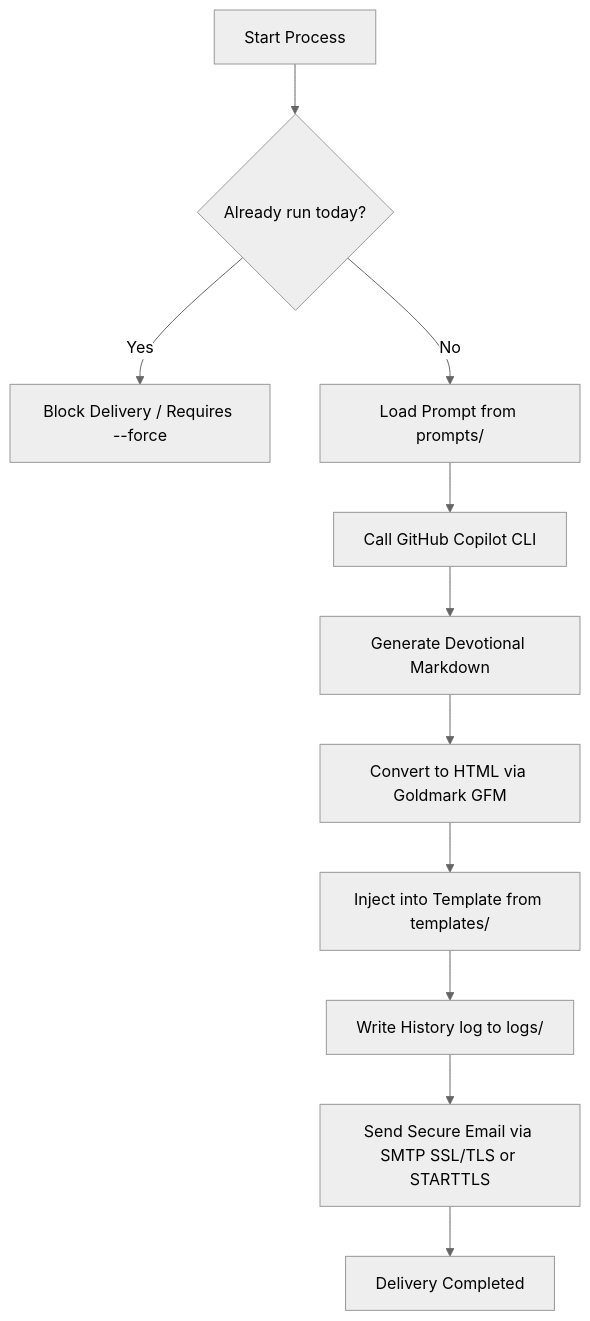
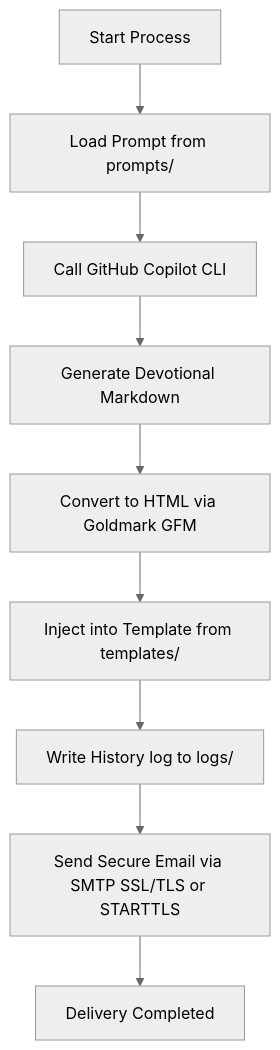
One commit to stanleygomes/solomon changed the diagram in apps/daily-bread/README.md. Above: the diagram before and after it, drawn with Mermaid (neutral theme). The commit also changed other lines of this file and 2 other files, not shown here.

Commit message:
refactor: remove idempotency check and force flag functionality from generation process

````diff
--- a/apps/daily-bread/README.md
+++ b/apps/daily-bread/README.md
@@ -11,13 +11,11 @@
 ```mermaid
 graph TD
-    A[Start Process] --> B{Already run today?}
-    B -- Yes --> C[Block Delivery / Requires --force]
-    B -- No --> D[Load Prompt from prompts/]
+    A[Start Process] --> D[Load Prompt from prompts/]
     D --> E[Call GitHub Copilot CLI]
     E --> F[Generate Devotional Markdown]
     F --> G[Convert to HTML via Goldmark GFM]
     G --> H[Inject into Template from templates/]
     H --> I[Write History log to logs/]
     I --> J[Send Secure Email via SMTP SSL/TLS or STARTTLS]
     J --> K[Delivery Completed]
 ```
````
